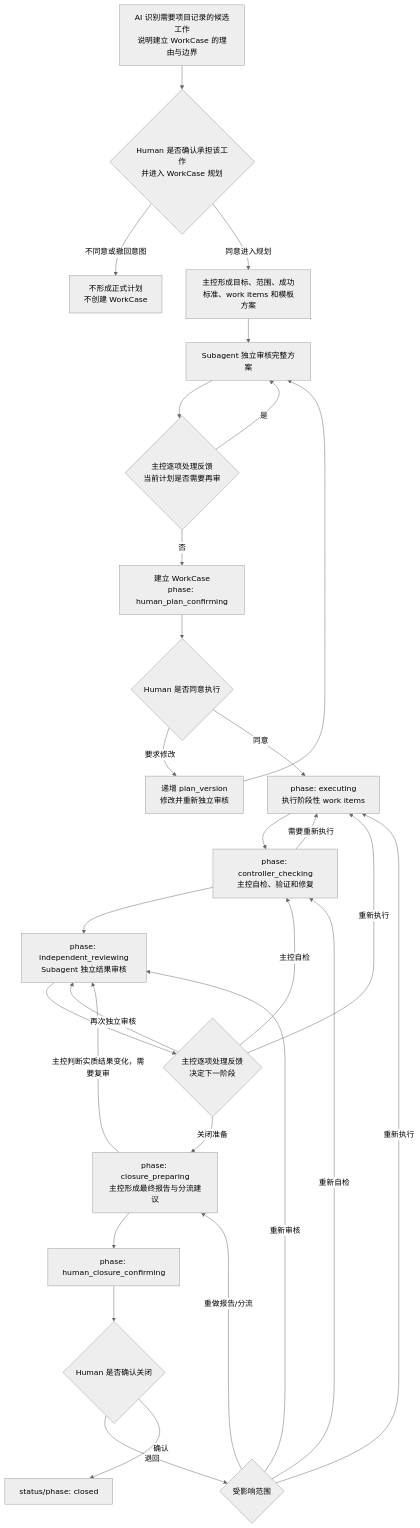
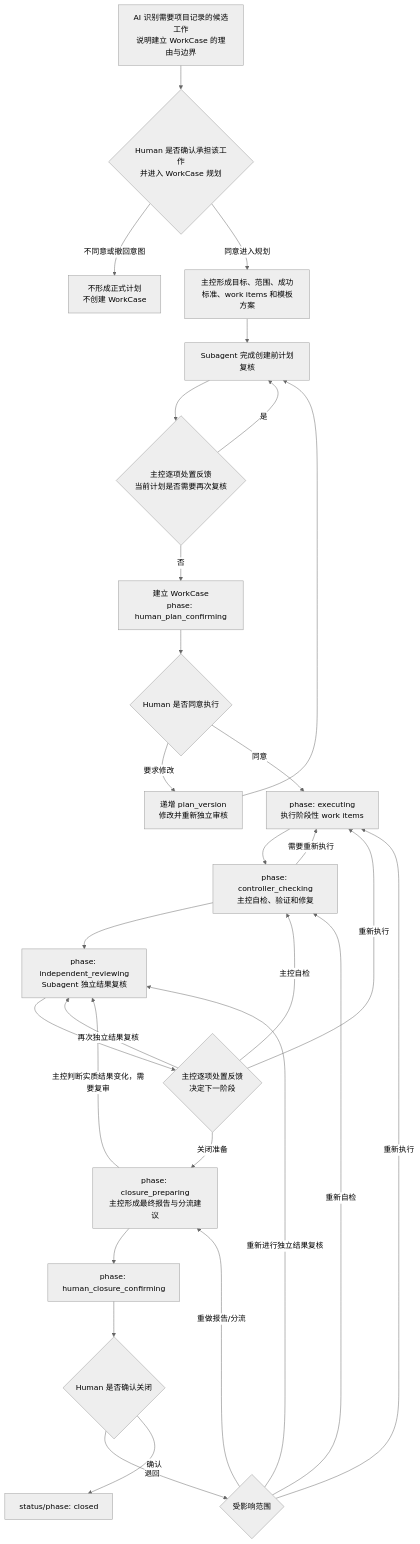
Before and after one commit to dingminhua/ld-vibe-harness: the diagram in specs/21-WorkCase-工作项.md, drawn with Mermaid (neutral theme). The commit also changed other lines of this file and 52 other files, not shown here.

````diff
--- a/specs/21-WorkCase-工作项.md
+++ b/specs/21-WorkCase-工作项.md
@@ -420,31 +415,31 @@
 ```mermaid
 flowchart TD
     S["AI 识别需要项目记录的候选工作<br/>说明建立 WorkCase 的理由与边界"] --> T{"Human 是否确认承担该工作<br/>并进入 WorkCase 规划"}
     T -- "不同意或撤回意图" --> U["不形成正式计划<br/>不创建 WorkCase"]
     T -- "同意进入规划" --> A["主控形成目标、范围、成功标准、work items 和模板方案"]
-    A --> B["Subagent 独立审核完整方案"]
-    B --> C{"主控逐项处理反馈<br/>当前计划是否需要再审"}
+    A --> B["Subagent 完成创建前计划复核"]
+    B --> C{"主控逐项处置反馈<br/>当前计划是否需要再次复核"}
     C -- "是" --> B
     C -- "否" --> D["建立 WorkCase<br/>phase: human_plan_confirming"]
     D --> E{"Human 是否同意执行"}
     E -- "要求修改" --> F["递增 plan_version<br/>修改并重新独立审核"]
     F --> B
     E -- "同意" --> H["phase: executing<br/>执行阶段性 work items"]
     H --> I["phase: controller_checking<br/>主控自检、验证和修复"]
     I -- "需要重新执行" --> H
-    I --> J["phase: independent_reviewing<br/>Subagent 独立结果审核"]
-    J --> Q{"主控逐项处理反馈<br/>决定下一阶段"}
+    I --> J["phase: independent_reviewing<br/>Subagent 独立结果复核"]
+    J --> Q{"主控逐项处置反馈<br/>决定下一阶段"}
     Q -- "重新执行" --> H
     Q -- "主控自检" --> I
-    Q -- "再次独立审核" --> J
+    Q -- "再次独立结果复核" --> J
     Q -- "关闭准备" --> K["phase: closure_preparing<br/>主控形成最终报告与分流建议"]
     K -- "主控判断实质结果变化，需要复审" --> J
     K --> M["phase: human_closure_confirming"]
     M --> N{"Human 是否确认关闭"}
     N -- "退回" --> P{"受影响范围"}
     P -- "重新执行" --> H
     P -- "重新自检" --> I
-    P -- "重新审核" --> J
+    P -- "重新进行独立结果复核" --> J
     P -- "重做报告/分流" --> K
     N -- "确认" --> O["status/phase: closed"]
 ```
````
